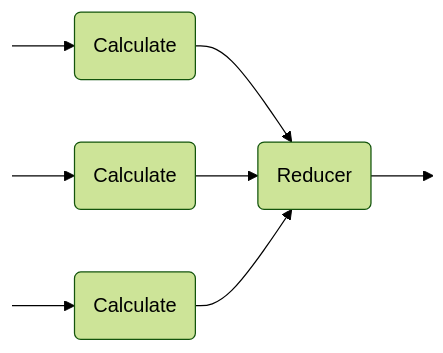
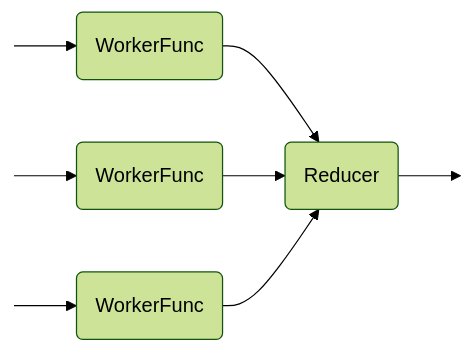
Before and after one commit to konradge/parallel-energy-toolkit: the diagram in README.md, drawn with Mermaid (forest theme). The commit also changed other lines of this file and 42 other files, not shown here.

````diff
--- a/README.md
+++ b/README.md
@@ -29,15 +29,15 @@
 ```mermaid
 graph LR
-    A1[ ] --> B1(Calculate)
-    A2[ ] --> B2(Calculate)
-    A3[ ] --> B3(Calculate)
+    A1[ ] --> B1(WorkerFunc)
+    A2[ ] --> B2(WorkerFunc)
+    A3[ ] --> B3(WorkerFunc)
     B1 --> C(Reducer)
     B2 --> C
     B3 --> C
     C --> D[ ]
 
     style A1 display: none;
     style A2 display: none;
     style A3 display: none;
     style D display: none;
 ```
````
